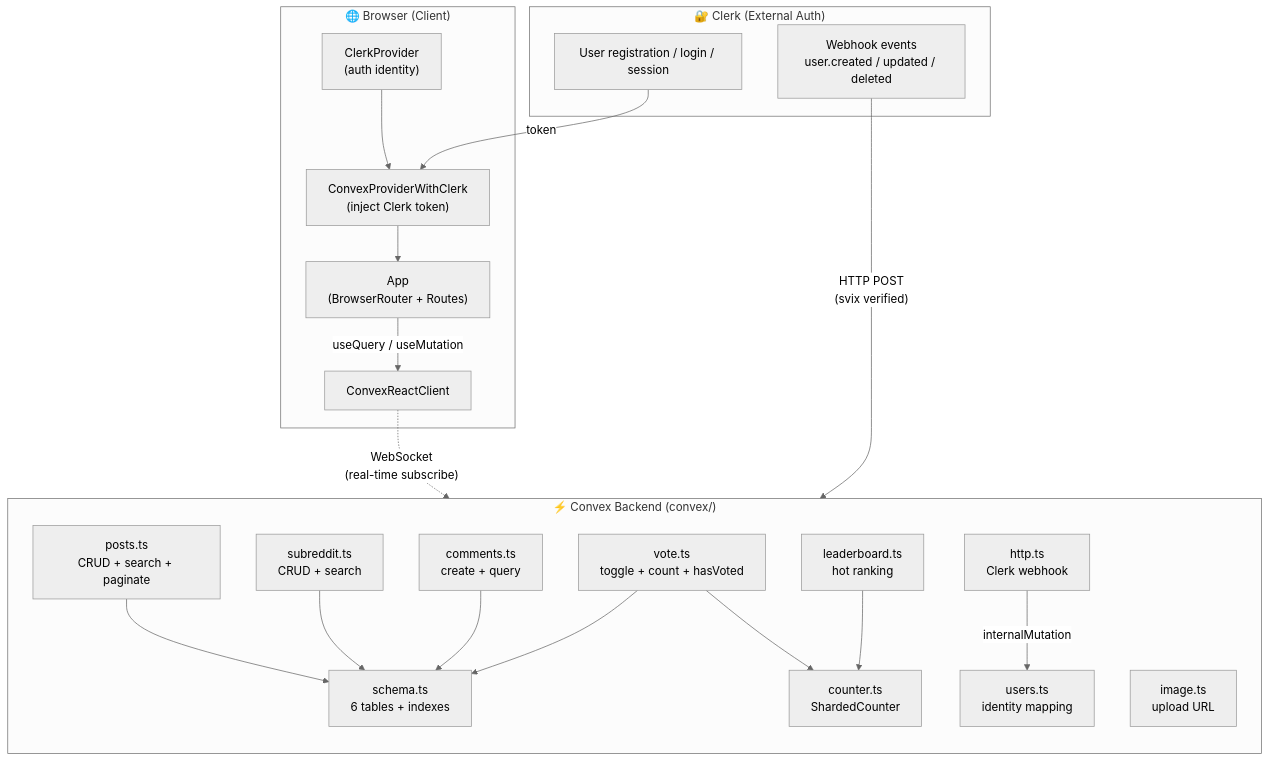
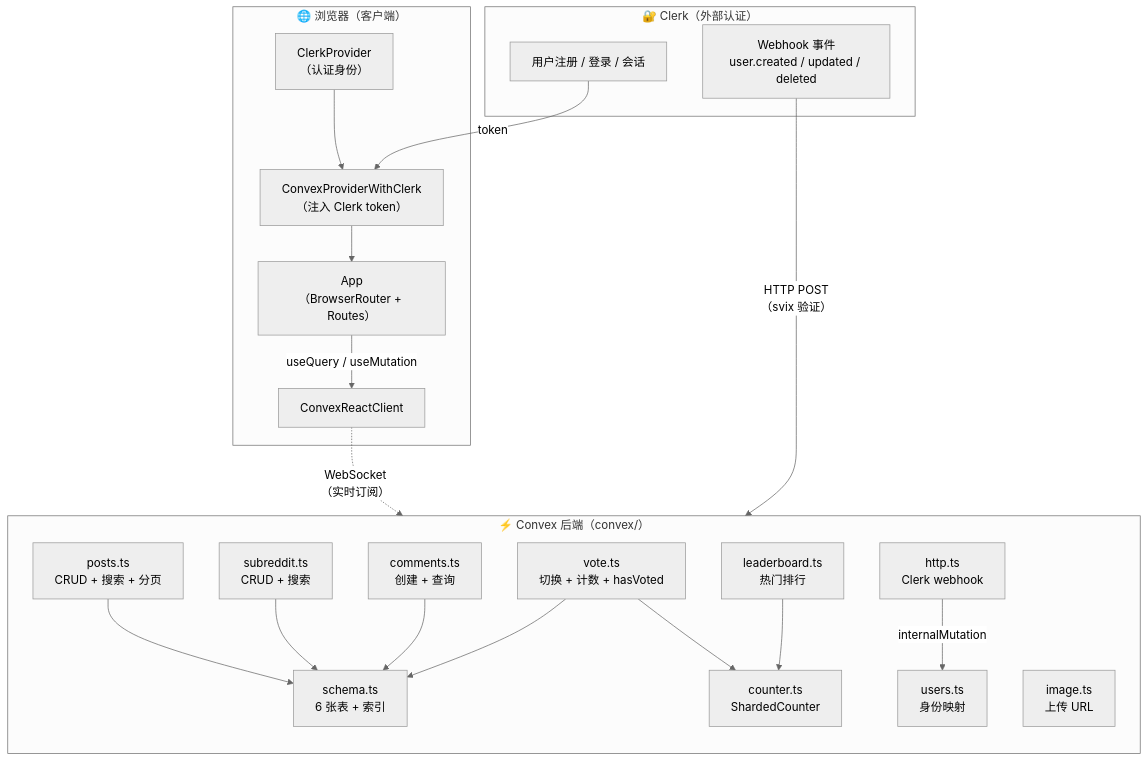
One commit to Uonlra/RedditLike changed the diagram in README.md. Above: the diagram before and after it, drawn with Mermaid (neutral theme). The commit also changed other lines of this file, not shown here.

````diff
--- a/README.md
+++ b/README.md
@@ -113,40 +111,40 @@
 ```mermaid
 graph TB
-    subgraph Browser["🌐 Browser (Client)"]
-        ClerkProvider["ClerkProvider<br/>(auth identity)"]
-        ConvexBridge["ConvexProviderWithClerk<br/>(inject Clerk token)"]
-        App["App<br/>(BrowserRouter + Routes)"]
+    subgraph Browser["🌐 浏览器（客户端）"]
+        ClerkProvider["ClerkProvider<br/>（认证身份）"]
+        ConvexBridge["ConvexProviderWithClerk<br/>（注入 Clerk token）"]
+        App["App<br/>（BrowserRouter + Routes）"]
         ClerkProvider --> ConvexBridge --> App
         App -->|"useQuery / useMutation"| ConvexClient["ConvexReactClient"]
     end
 
-    subgraph Convex["⚡ Convex Backend (convex/)"]
+    subgraph Convex["⚡ Convex 后端（convex/）"]
         direction TB
-        Posts["posts.ts<br/>CRUD + search + paginate"]
-        Subreddit["subreddit.ts<br/>CRUD + search"]
-        Comments["comments.ts<br/>create + query"]
-        Vote["vote.ts<br/>toggle + count + hasVoted"]
-        Users["users.ts<br/>identity mapping"]
-        Leaderboard["leaderboard.ts<br/>hot ranking"]
-        Image["image.ts<br/>upload URL"]
+        Posts["posts.ts<br/>CRUD + 搜索 + 分页"]
+        Subreddit["subreddit.ts<br/>CRUD + 搜索"]
+        Comments["comments.ts<br/>创建 + 查询"]
+        Vote["vote.ts<br/>切换 + 计数 + hasVoted"]
+        Users["users.ts<br/>身份映射"]
+        Leaderboard["leaderboard.ts<br/>热门排行"]
+        Image["image.ts<br/>上传 URL"]
         Counter["counter.ts<br/>ShardedCounter"]
-        Schema["schema.ts<br/>6 tables + indexes"]
+        Schema["schema.ts<br/>6 张表 + 索引"]
         HTTP["http.ts<br/>Clerk webhook"]
         Posts --> Schema
         Subreddit --> Schema
         Comments --> Schema
         Vote --> Schema
         Vote --> Counter
         Leaderboard --> Counter
     end
 
-    subgraph Clerk["🔐 Clerk (External Auth)"]
-        ClerkAuth["User registration / login / session"]
-        ClerkWebhook["Webhook events<br/>user.created / updated / deleted"]
+    subgraph Clerk["🔐 Clerk（外部认证）"]
+        ClerkAuth["用户注册 / 登录 / 会话"]
+        ClerkWebhook["Webhook 事件<br/>user.created / updated / deleted"]
     end
 
-    ConvexClient -.->|"WebSocket<br/>(real-time subscribe)"| Convex
+    ConvexClient -.->|"WebSocket<br/>（实时订阅）"| Convex
     ClerkAuth -->|"token"| ConvexBridge
-    ClerkWebhook -->|"HTTP POST<br/>(svix verified)"| HTTP
+    ClerkWebhook -->|"HTTP POST<br/>（svix 验证）"| HTTP
     HTTP -->|"internalMutation"| Users
 ```
````
